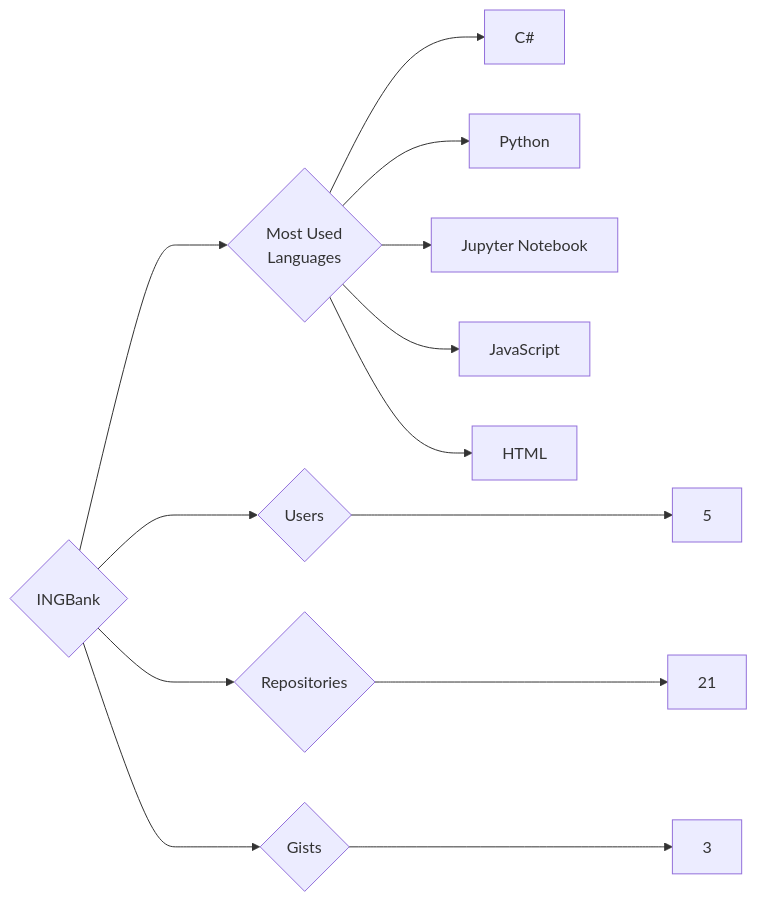
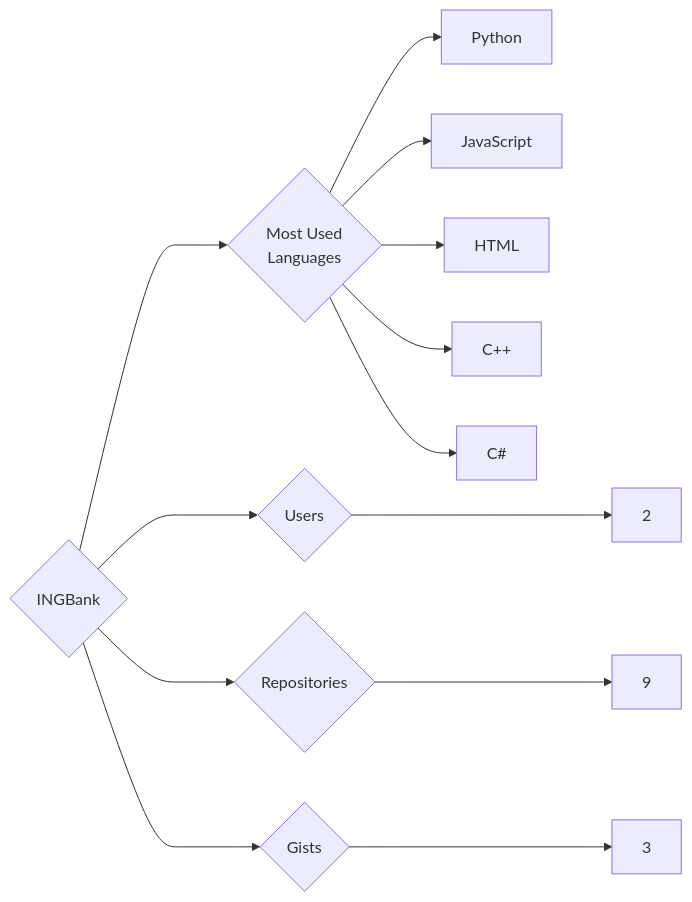
One commit to trickest/insiders changed the diagram in targets/INGBank/README.md. Above: the diagram before and after it, drawn with Mermaid. The commit also changed 1212 other files, not shown here.

````diff
--- a/targets/INGBank/README.md
+++ b/targets/INGBank/README.md
@@ -3,13 +3,13 @@
 ```mermaid
 graph LR
 COMPANY_NAME{INGBank}
-COMPANY_NAME ---> U{Users} ---> UN[5]
-COMPANY_NAME ---> R{Repositories} ---> RN[21]
+COMPANY_NAME ---> U{Users} ---> UN[2]
+COMPANY_NAME ---> R{Repositories} ---> RN[9]
 COMPANY_NAME ---> G{Gists} ---> GN[3]
 COMPANY_NAME ---> ML{Most Used<br>Languages}
-ML --> C#[C#]
 ML --> Python[Python]
-ML --> Jupyter_Notebook[Jupyter Notebook]
 ML --> JavaScript[JavaScript]
 ML --> HTML[HTML]
+ML --> C++[C++]
+ML --> C#[C#]
 ```
````
